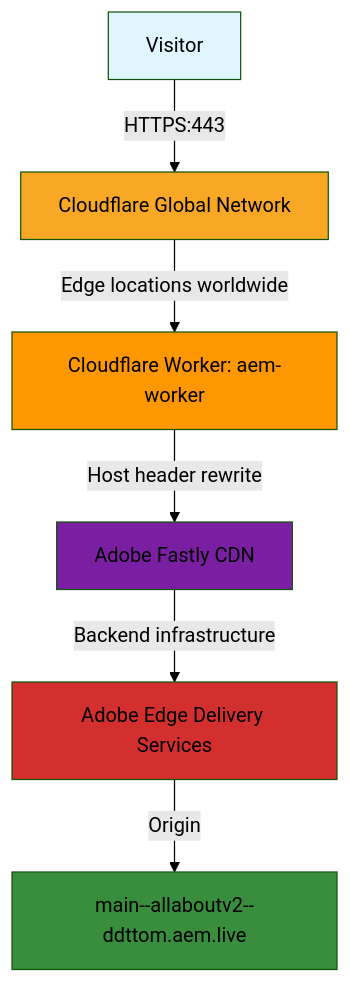
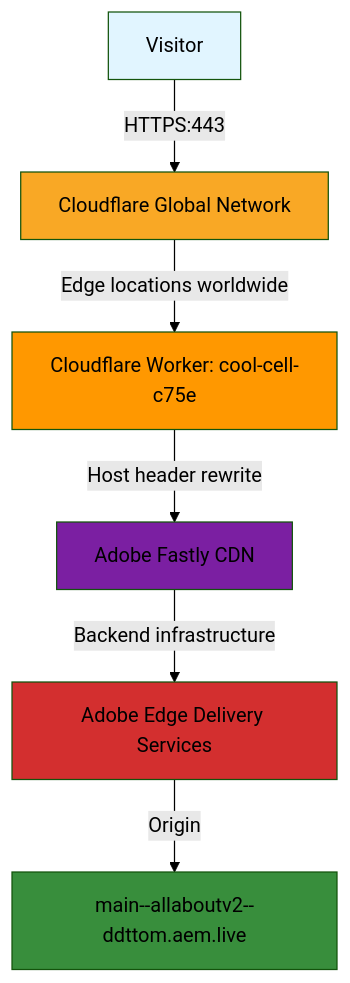
One commit to ddttom/allaboutv2 changed the diagram in cloudflare/cloudflare.md. Above: the diagram before and after it, drawn with Mermaid (forest theme). The commit also changed other lines of this file, not shown here.

First line of the commit message:
docs: update cloudflare.md — correct worker name, add wrangler deployment, 404 fallback

````diff
--- a/cloudflare/cloudflare.md
+++ b/cloudflare/cloudflare.md
@@ -72,15 +72,15 @@
 ```mermaid
 graph TD
     A[Visitor] -->|HTTPS:443| B[Cloudflare Global Network]
-    B -->|Edge locations worldwide| C[Cloudflare Worker: aem-worker]
+    B -->|Edge locations worldwide| C[Cloudflare Worker: cool-cell-c75e]
     C -->|Host header rewrite| D[Adobe Fastly CDN]
     D -->|Backend infrastructure| E[Adobe Edge Delivery Services]
     E -->|Origin| F[main--allaboutv2--ddttom.aem.live]
 
     style A fill:#e1f5ff
     style B fill:#f9a825
     style C fill:#ff9800
     style D fill:#7b1fa2
     style E fill:#d32f2f
     style F fill:#388e3c
 ```
````
